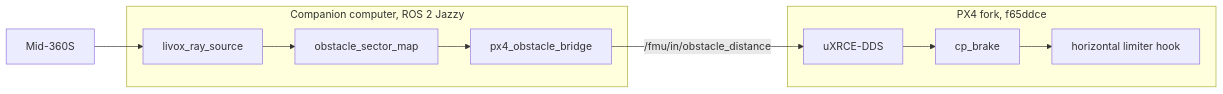
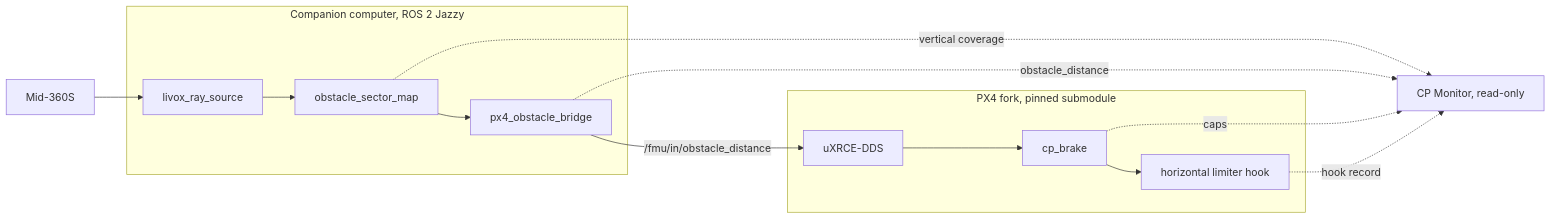
One commit to TanDatEmb/collision-prevention changed the second of 2 diagrams in docs/architecture.md. Above: the diagram before and after it, drawn with Mermaid. The commit also changed other lines of this file and 2 other files, not shown here.

First paragraph of the commit message:
docs: sync after the live monitor (#234)
## Problem

````diff
--- a/docs/architecture.md
+++ b/docs/architecture.md
@@ -206,13 +206,18 @@
 ```mermaid
 flowchart LR
   subgraph Orin[Companion computer, ROS 2 Jazzy]
     Src[livox_ray_source] --> Map[obstacle_sector_map]
     Map --> Br[px4_obstacle_bridge]
   end
   Lidar[Mid-360S] --> Src
   Br -->|/fmu/in/obstacle_distance| DDS[uXRCE-DDS]
-  subgraph FMU[PX4 fork, f65ddce]
+  subgraph FMU[PX4 fork, pinned submodule]
     DDS --> Cons[cp_brake]
     Cons --> Hook[horizontal limiter hook]
   end
+  Mon[CP Monitor, read-only]
+  Map -.->|vertical coverage| Mon
+  Br -.->|obstacle_distance| Mon
+  Cons -.->|caps| Mon
+  Hook -.->|hook record| Mon
 ```
````
